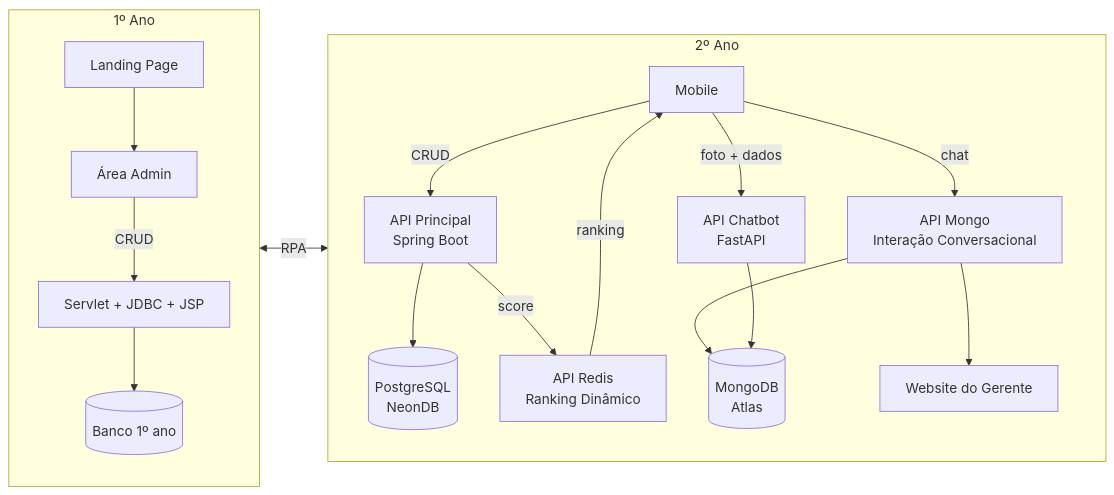
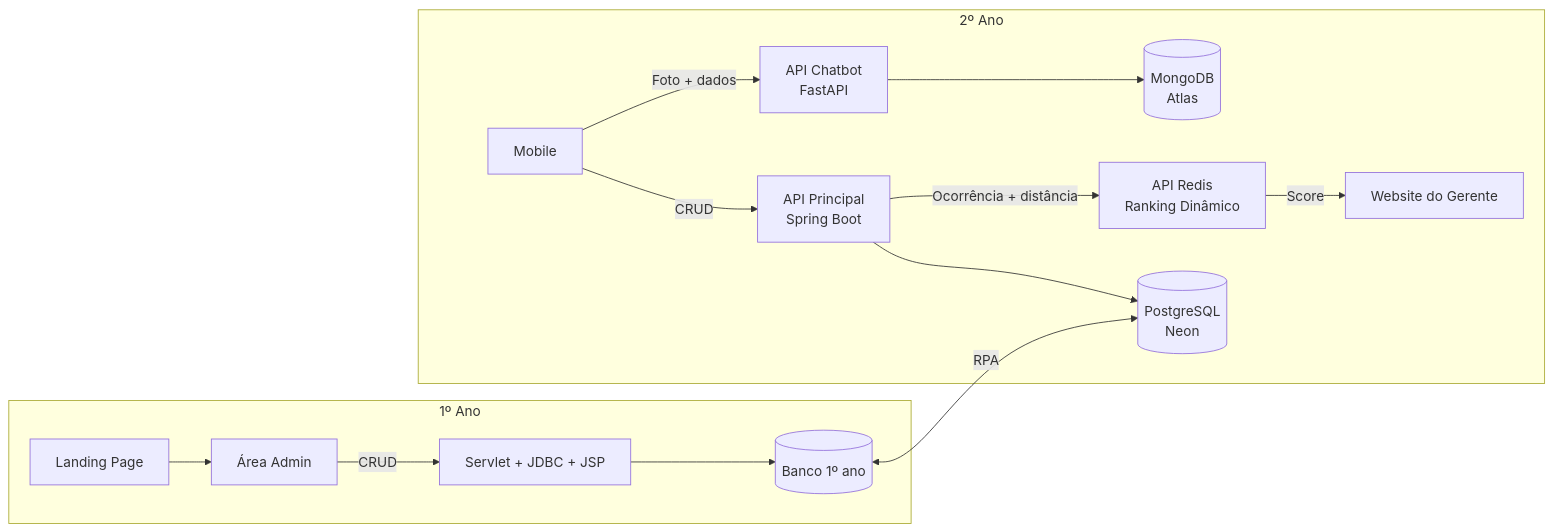
One commit to app-volta/.github changed the diagram in profile/README.md. Above: the diagram before and after it, drawn with Mermaid. The commit also changed other lines of this file, not shown here.

Commit message:
fix: ajusta fluxo

````diff
--- a/profile/README.md
+++ b/profile/README.md
@@ -83,34 +83,32 @@
 ```mermaid
 flowchart LR
     subgraph Ano1["1º Ano"]
-        direction TB
+
         L[Landing Page] --> AD[Área Admin]
         AD -->|CRUD| S[Servlet + JDBC + JSP]
         S --> DB1[(Banco 1º ano)]
     end
 
     subgraph Ano2["2º Ano"]
-        direction TB
+
         A[Mobile]
-        D[(PostgreSQL<br/> NeonDB)]
         B[API Principal<br/>Spring Boot]
         C[API Chatbot<br/>FastAPI]
-        I[API Mongo<br/>Interação Conversacional]
         R[API Redis<br/>Ranking Dinâmico]
-        M[(MongoDB <br/> Atlas)]
         W[Website do Gerente]
 
+        D[(PostgreSQL<br/>Neon)]
+        M[(MongoDB<br/>Atlas)]
+
+        A -->|CRUD| B
         B --> D
-        A -->|CRUD| B
-        A -->|foto + dados| C
-        A -->|chat| I
-        R -->|ranking| A
-        B -->|score| R
-        I --> M
-        I --> W
+
+        A -->|Foto + dados| C
         C --> M
 
+        B -->|Ocorrência + distância| R
+        R -->|Score| W
     end
 
     DB1 <-->|RPA| D
 ```
````
